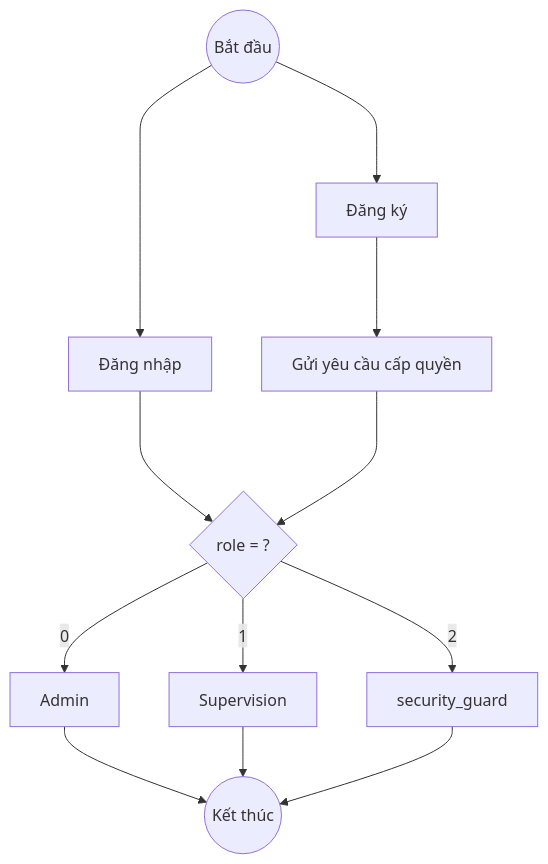
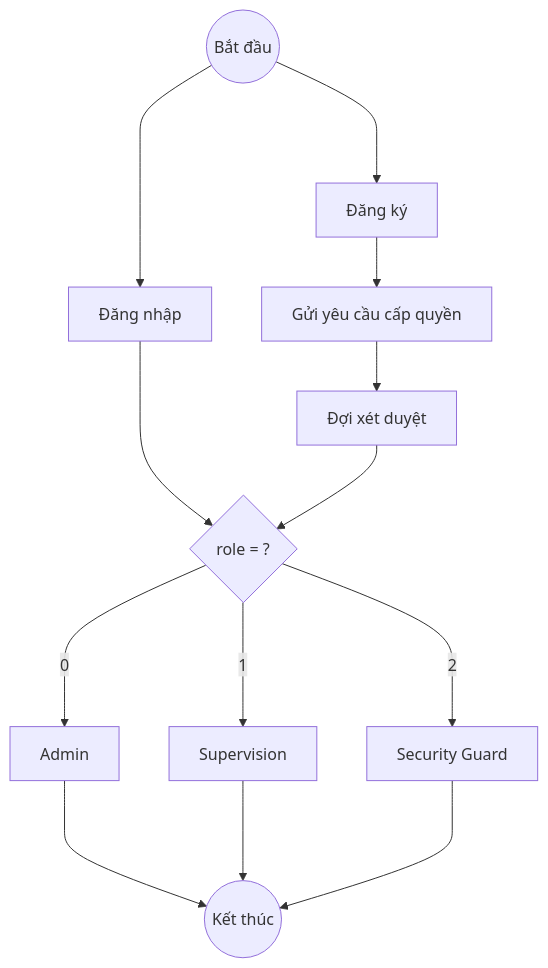
One commit to Nolan-21-6-2005/EduWatch changed the diagram in App.md. Above: the diagram before and after it, drawn with Mermaid. The commit also changed 5 other files, not shown here.

````diff
--- a/App.md
+++ b/App.md
@@ -1,20 +1,21 @@
 ```mermaid
 flowchart TD
 	A((Bắt đầu)) 
 	B[Đăng nhập]
 	C[Đăng ký]
 	D{role = ?}
 	E[Admin]
 	F[Supervision]
-	G[security_guard]
+	G[Security Guard]
 	H[Gửi yêu cầu cấp quyền]
-	I((Kết thúc))
+	I[Đợi xét duyệt]
+	K((Kết thúc))
 	A ---> B
 	A ---> C
 	B ---> D
-	C ---> H
-	H ---> D
-	D --0--> E --> I
-	D --1--> F --> I
-	D --2--> G --> I
+	C --> H
+	H --> I --> D
+	D --0---> E ---> K
+	D --1---> F ---> K
+	D --2---> G ---> K
 ```
````
